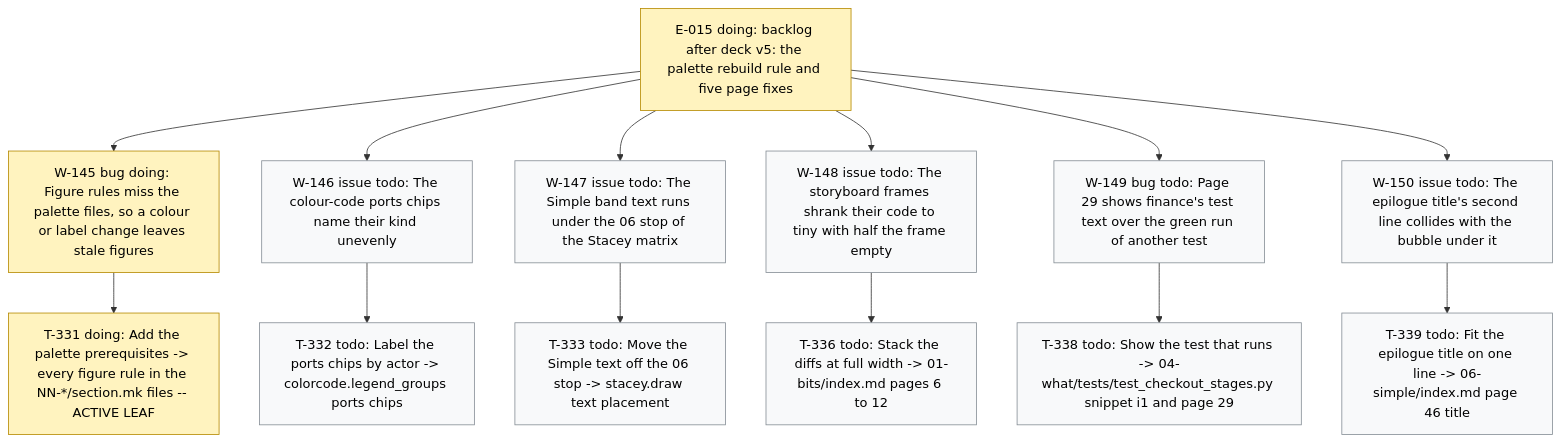
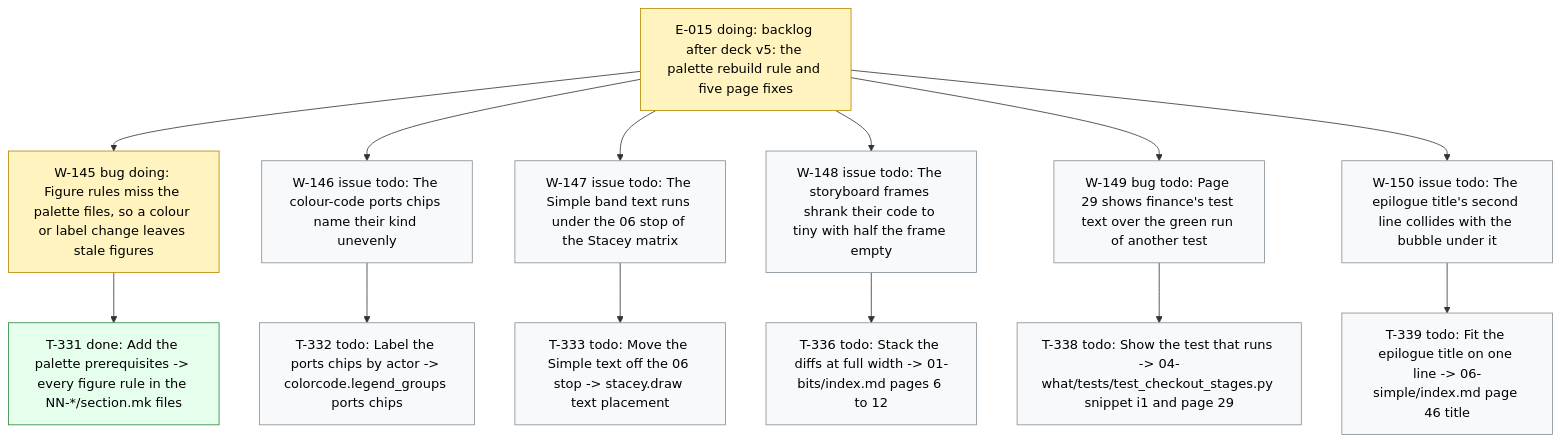
The diagram in .board/BOARD.md (dpopchev/chaos-to-simple), drawn with Mermaid before and after one commit. The commit also changed other lines of this file and 1 other file, not shown here.

Commit message:
chore(board): close T-331 -- W-145 ready to land
Refs: W-145 T-331

````diff
--- a/.board/BOARD.md
+++ b/.board/BOARD.md
@@ -859,23 +859,24 @@
 ```mermaid
 flowchart TD
   E015["E-015 doing: backlog after deck v5: the palette rebuild rule and five page fixes"]
   E015 --> W145["W-145 bug doing: Figure rules miss the palette files, so a colour or label change leaves stale figures"]
-  W145 --> T331["T-331 doing: Add the palette prerequisites -> every figure rule in the NN-*/section.mk files -- ACTIVE LEAF"]
+  W145 --> T331["T-331 done: Add the palette prerequisites -> every figure rule in the NN-*/section.mk files"]
   E015 --> W146["W-146 issue todo: The colour-code ports chips name their kind unevenly"]
   W146 --> T332["T-332 todo: Label the ports chips by actor -> colorcode.legend_groups ports chips"]
   E015 --> W147["W-147 issue todo: The Simple band text runs under the 06 stop of the Stacey matrix"]
   W147 --> T333["T-333 todo: Move the Simple text off the 06 stop -> stacey.draw text placement"]
   E015 --> W148["W-148 issue todo: The storyboard frames shrank their code to tiny with half the frame empty"]
   W148 --> T336["T-336 todo: Stack the diffs at full width -> 01-bits/index.md pages 6 to 12"]
   E015 --> W149["W-149 bug todo: Page 29 shows finance's test text over the green run of another test"]
   W149 --> T338["T-338 todo: Show the test that runs -> 04-what/tests/test_checkout_stages.py snippet i1 and page 29"]
   E015 --> W150["W-150 issue todo: The epilogue title's second line collides with the bubble under it"]
   W150 --> T339["T-339 todo: Fit the epilogue title on one line -> 06-simple/index.md page 46 title"]
   classDef doing fill:#fff3bf,stroke:#b58900,color:#000;
   classDef blocked fill:#ffe3e3,stroke:#c92a2a,color:#000;
   classDef done fill:#e6ffed,stroke:#2b8a3e,color:#000;
   classDef todo fill:#f8f9fa,stroke:#868e96,color:#000;
   classDef pruned fill:#f1f3f5,stroke:#adb5bd,color:#000;
-  class E015,W145,T331 doing
+  class E015,W145 doing
+  class T331 done
   class W146,T332,W147,T333,W148,T336,W149,T338,W150,T339 todo
 ```
````
